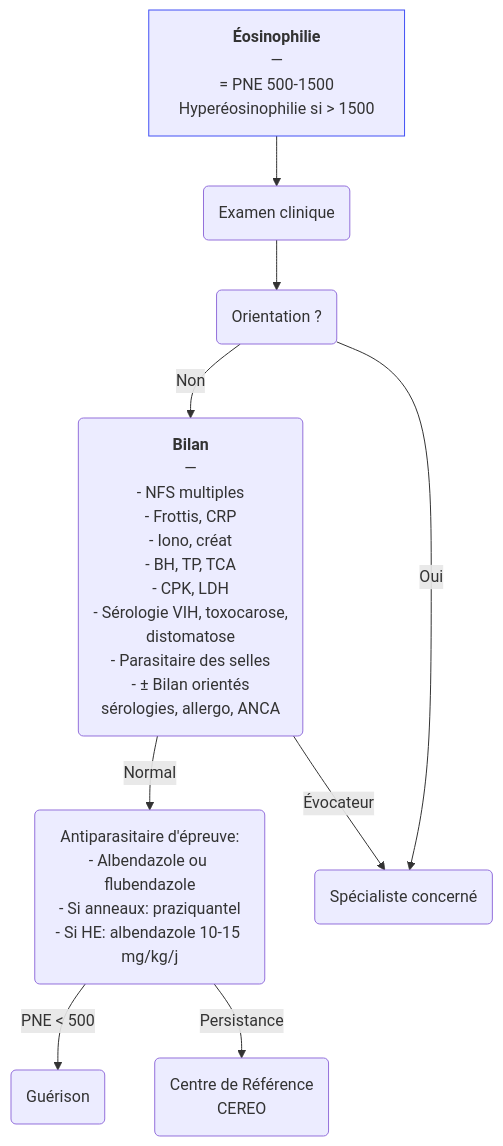
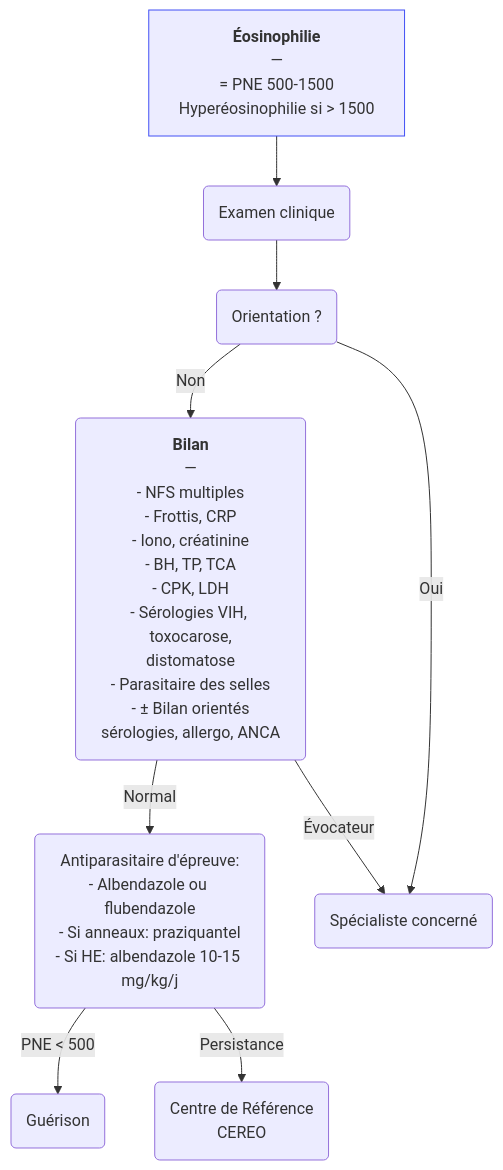
The diagram in content/recommandations/hypereosinophilie.md (djibe/recommandations-medicales), drawn with Mermaid before and after one commit. The commit also changed other lines of this file and 8 other files, not shown here.

```diff
--- a/content/recommandations/hypereosinophilie.md
+++ b/content/recommandations/hypereosinophilie.md
@@ -242,10 +240,10 @@
 {{< mermaid title="Conduite à tenir et prise en charge devant la découverte d'une éosinophilie ou d'une hyperéosinophilie. Dr JB Fron d'après PNDS 2022 et CEMI" >}}
 graph TB
   éosinophilie["<b>Éosinophilie</b><br>—<br>= PNE 500-1500<br>Hyperéosinophilie si &gt; 1500"] --> clinique(Examen clinique) --> orientation(Orientation ?)
   style éosinophilie stroke:#4150f5, stroke-width:1px
-    orientation -- Non --> bilan("<b>Bilan</b><br>—<br>- NFS multiples<br>- Frottis, CRP<br>- Iono, créat<br>- BH, TP, TCA<br>- CPK, LDH<br>- Sérologie VIH, toxocarose,<br>distomatose<br>- Parasitaire des selles<br>- ± Bilan orientés<br>sérologies, allergo, ANCA")
+    orientation -- Non --> bilan("<b>Bilan</b><br>—<br>- NFS multiples<br>- Frottis, CRP<br>- Iono, créatinine<br>- BH, TP, TCA<br>- CPK, LDH<br>- Sérologies VIH, toxocarose,<br>distomatose<br>- Parasitaire des selles<br>- ± Bilan orientés<br>sérologies, allergo, ANCA")
       bilan -- Normal --> antiparasitaire("Antiparasitaire d'épreuve:<br>- Albendazole ou flubendazole<br>- Si anneaux: praziquantel<br>- Si HE: albendazole 10-15 mg/kg/j") -- "PNE &lt; 500" --> résolution(Guérison)
         antiparasitaire -- Persistance --> centre("Centre de Référence<br>CEREO")
       bilan -- Évocateur --> spécialiste
     orientation -- Oui --> spécialiste(Spécialiste concerné)
 {{< /mermaid >}}
```
